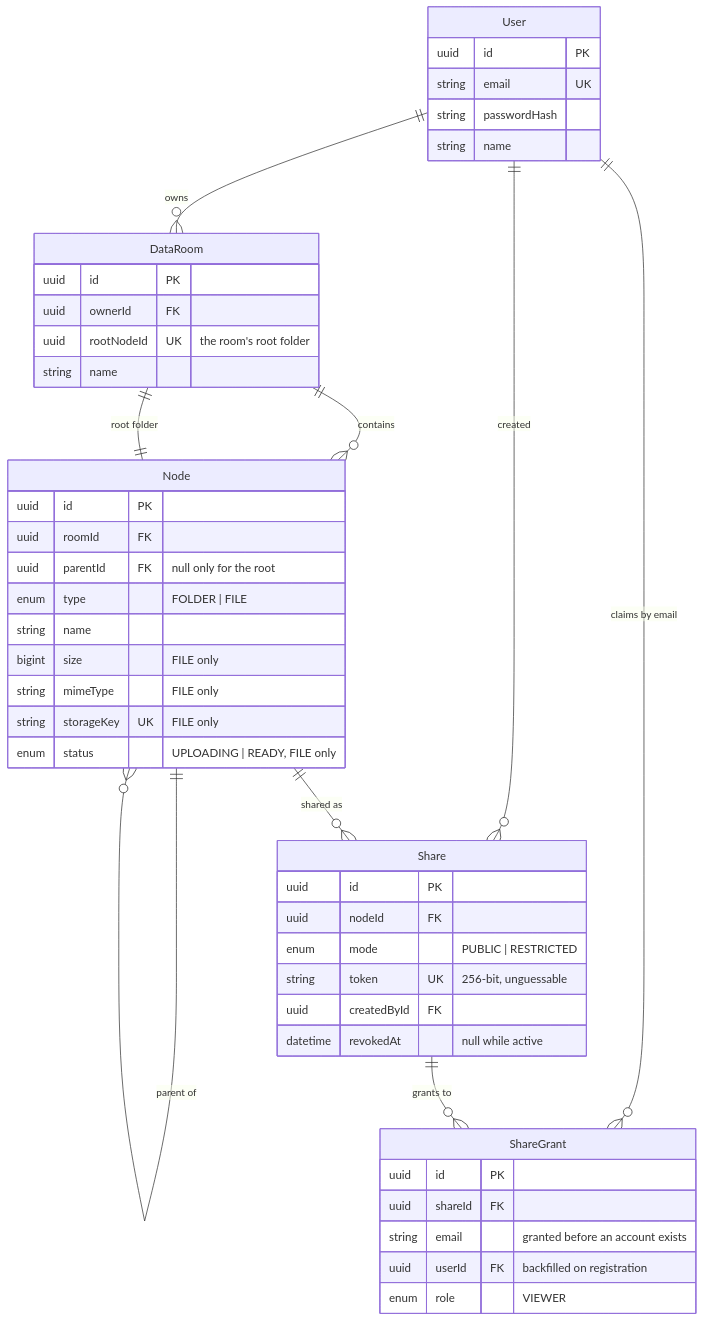
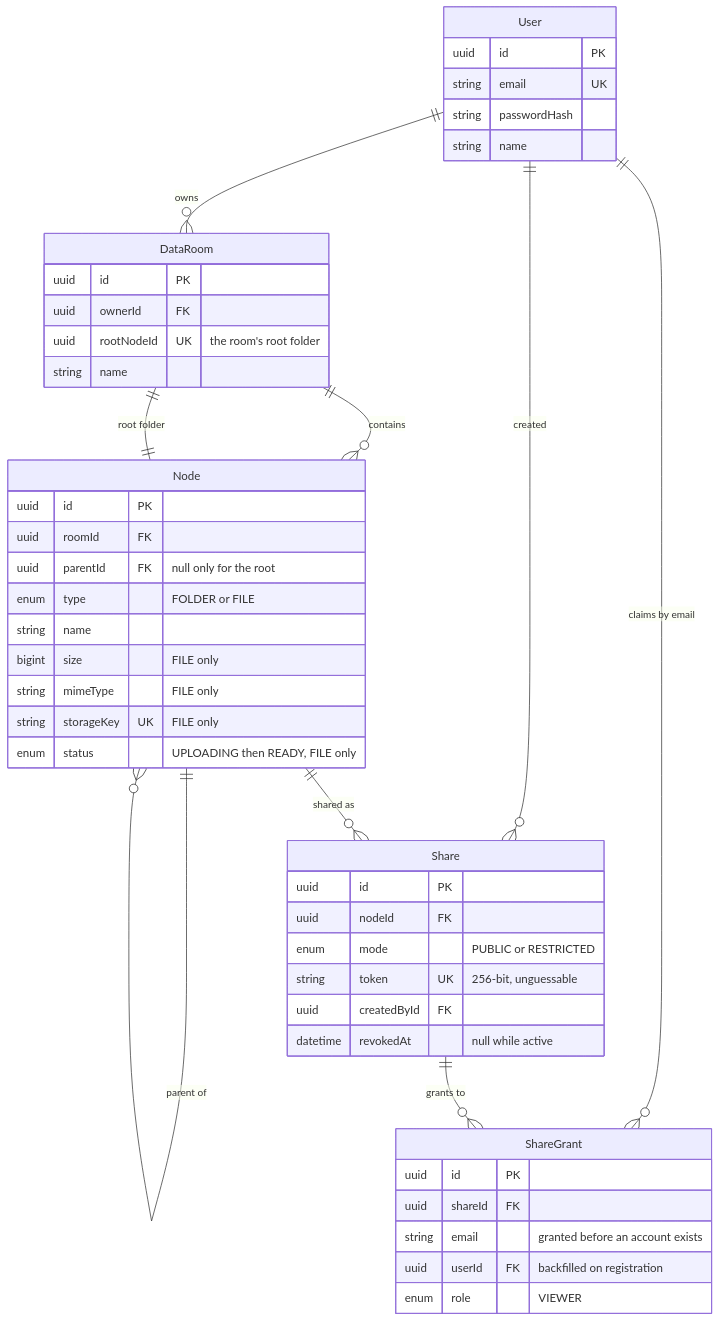
One commit to VanyaRPP/Data-Room-MVP changed the diagram in README.md. Above: the diagram before and after it, drawn with Mermaid.

Commit message:
docs: avoid pipe characters inside mermaid ER comments

````diff
--- a/README.md
+++ b/README.md
@@ -91,50 +91,50 @@
 ```mermaid
 erDiagram
     User ||--o{ DataRoom : owns
     User ||--o{ Share : created
     User ||--o{ ShareGrant : "claims by email"
     DataRoom ||--o{ Node : contains
     DataRoom ||--|| Node : "root folder"
     Node ||--o{ Node : "parent of"
     Node ||--o{ Share : "shared as"
     Share ||--o{ ShareGrant : "grants to"
 
     User {
         uuid id PK
         string email UK
         string passwordHash
         string name
     }
     DataRoom {
         uuid id PK
         uuid ownerId FK
         uuid rootNodeId UK "the room's root folder"
         string name
     }
     Node {
         uuid id PK
         uuid roomId FK
         uuid parentId FK "null only for the root"
-        enum type "FOLDER | FILE"
+        enum type "FOLDER or FILE"
         string name
         bigint size "FILE only"
         string mimeType "FILE only"
         string storageKey UK "FILE only"
-        enum status "UPLOADING | READY, FILE only"
+        enum status "UPLOADING then READY, FILE only"
     }
     Share {
         uuid id PK
         uuid nodeId FK
-        enum mode "PUBLIC | RESTRICTED"
+        enum mode "PUBLIC or RESTRICTED"
         string token UK "256-bit, unguessable"
         uuid createdById FK
         datetime revokedAt "null while active"
     }
     ShareGrant {
         uuid id PK
         uuid shareId FK
         string email "granted before an account exists"
         uuid userId FK "backfilled on registration"
         enum role "VIEWER"
     }
 ```
````
